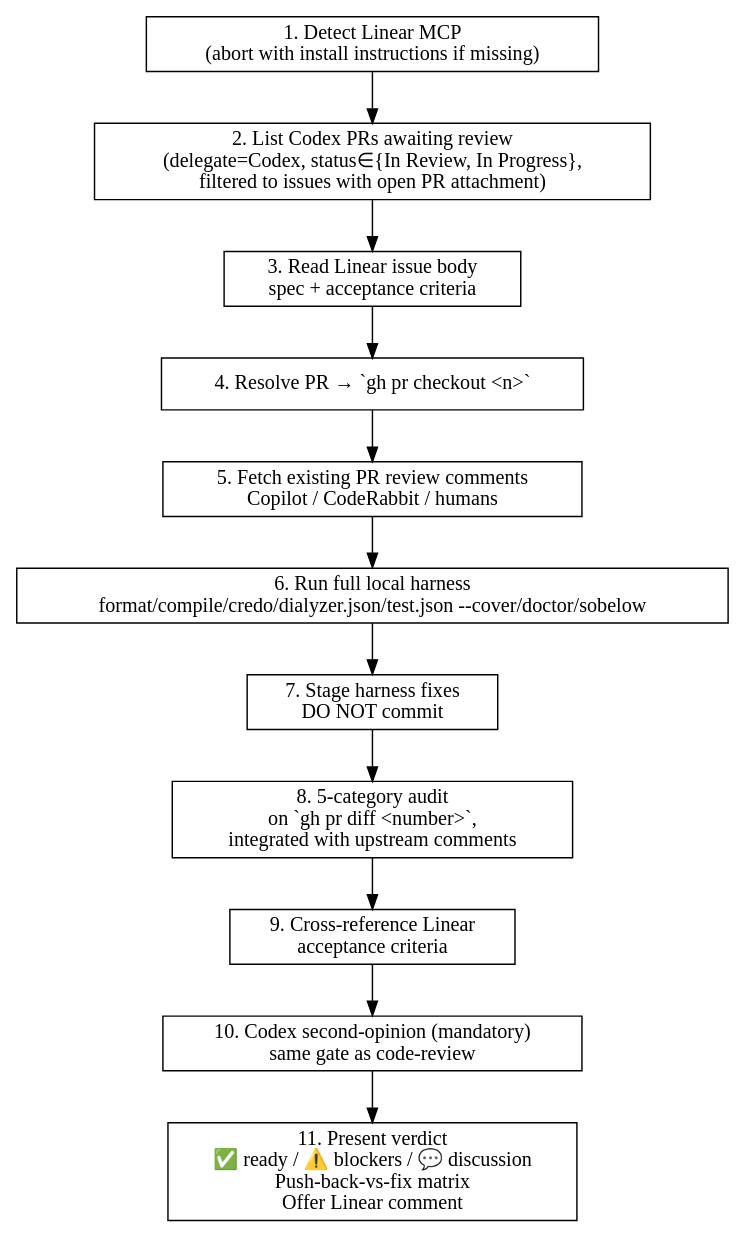
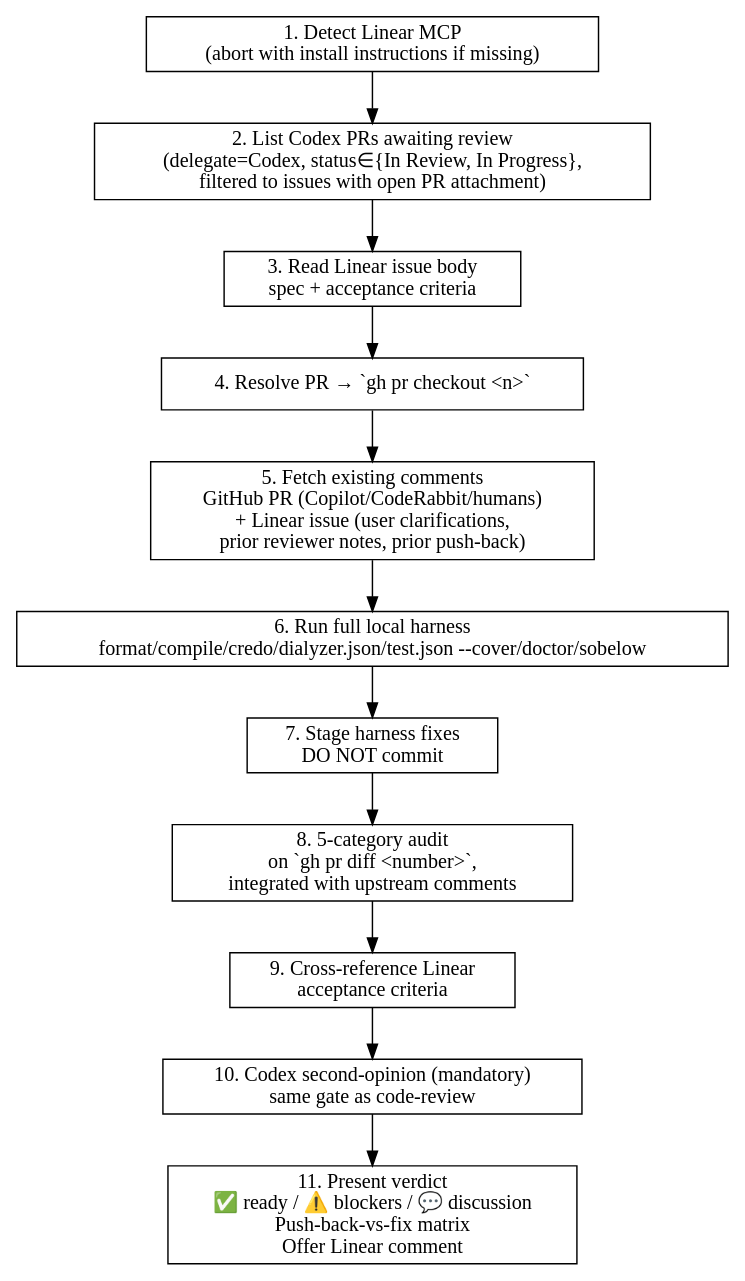
Before and after one commit to ZenHive/claude-marketplace-elixir: the diagram in plugins/staged-review/skills/commit-review/SKILL.md, drawn with Graphviz. The commit also changed other lines of this file and 13 other files, not shown here.

````diff
--- a/plugins/staged-review/skills/commit-review/SKILL.md
+++ b/plugins/staged-review/skills/commit-review/SKILL.md
@@ -44,20 +44,20 @@
 ```dot
 digraph commit_review {
   rankdir=TB;
   node [shape=box];
 
   detect    [label="1. Detect Linear MCP\n(abort with install instructions if missing)"];
   list      [label="2. List Codex PRs awaiting review\n(delegate=Codex, status∈{In Review, In Progress},\nfiltered to issues with open PR attachment)"];
   spec      [label="3. Read Linear issue body\nspec + acceptance criteria"];
   checkout  [label="4. Resolve PR → `gh pr checkout <n>`"];
-  comments  [label="5. Fetch existing PR review comments\nCopilot / CodeRabbit / humans"];
+  comments  [label="5. Fetch existing comments\nGitHub PR (Copilot/CodeRabbit/humans)\n+ Linear issue (user clarifications,\nprior reviewer notes, prior push-back)"];
   harness   [label="6. Run full local harness\nformat/compile/credo/dialyzer.json/test.json --cover/doctor/sobelow"];
   fix       [label="7. Stage harness fixes\nDO NOT commit"];
   audit     [label="8. 5-category audit\non `gh pr diff <number>`,\nintegrated with upstream comments"];
   cross     [label="9. Cross-reference Linear\nacceptance criteria"];
   codex     [label="10. Codex second-opinion (mandatory)\nsame gate as code-review"];
   verdict   [label="11. Present verdict\n✅ ready / ⚠️ blockers / 💬 discussion\nPush-back-vs-fix matrix\nOffer Linear comment"];
 
   detect -> list -> spec -> checkout -> comments -> harness -> fix -> audit -> cross -> codex -> verdict;
 }
 ```
````
